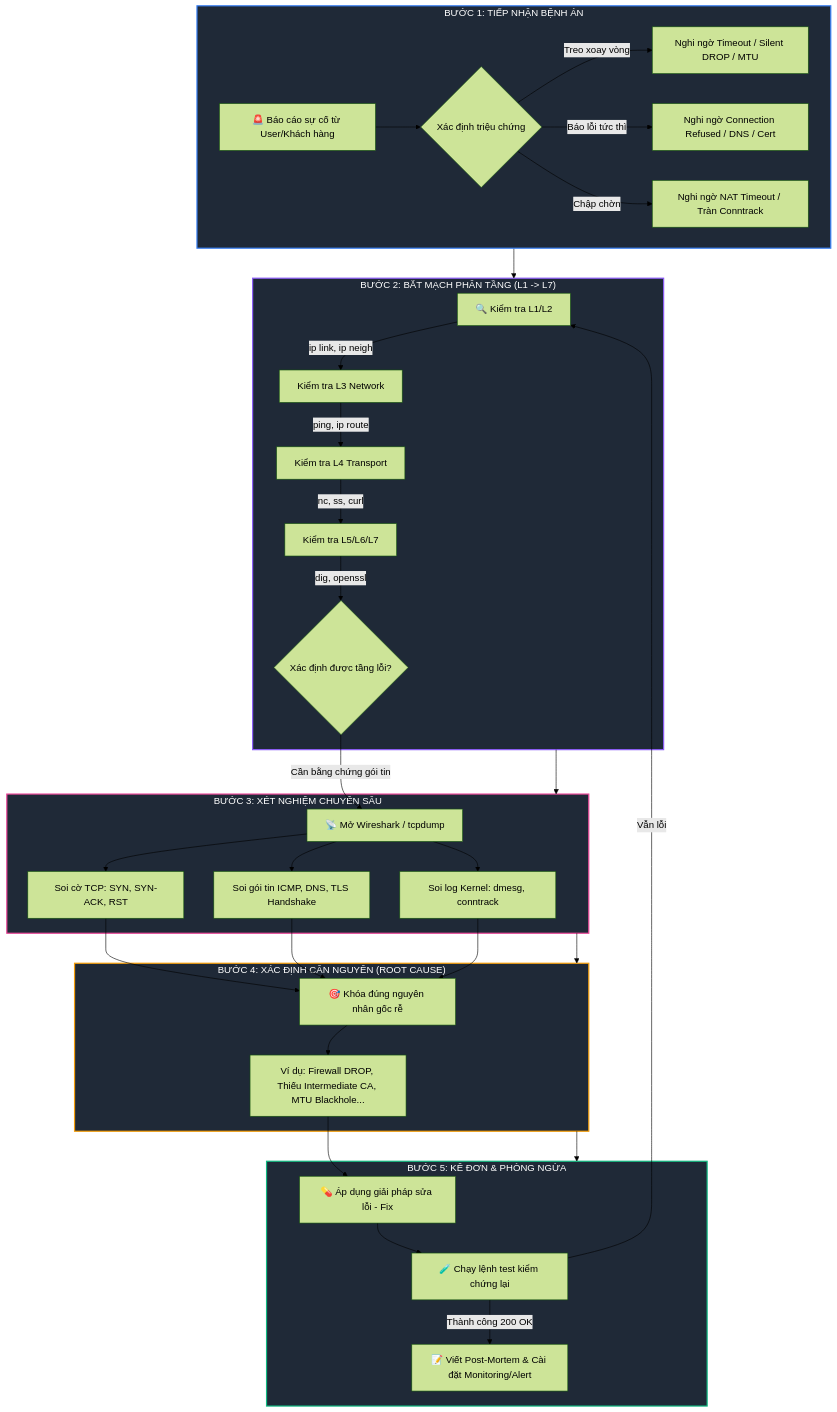
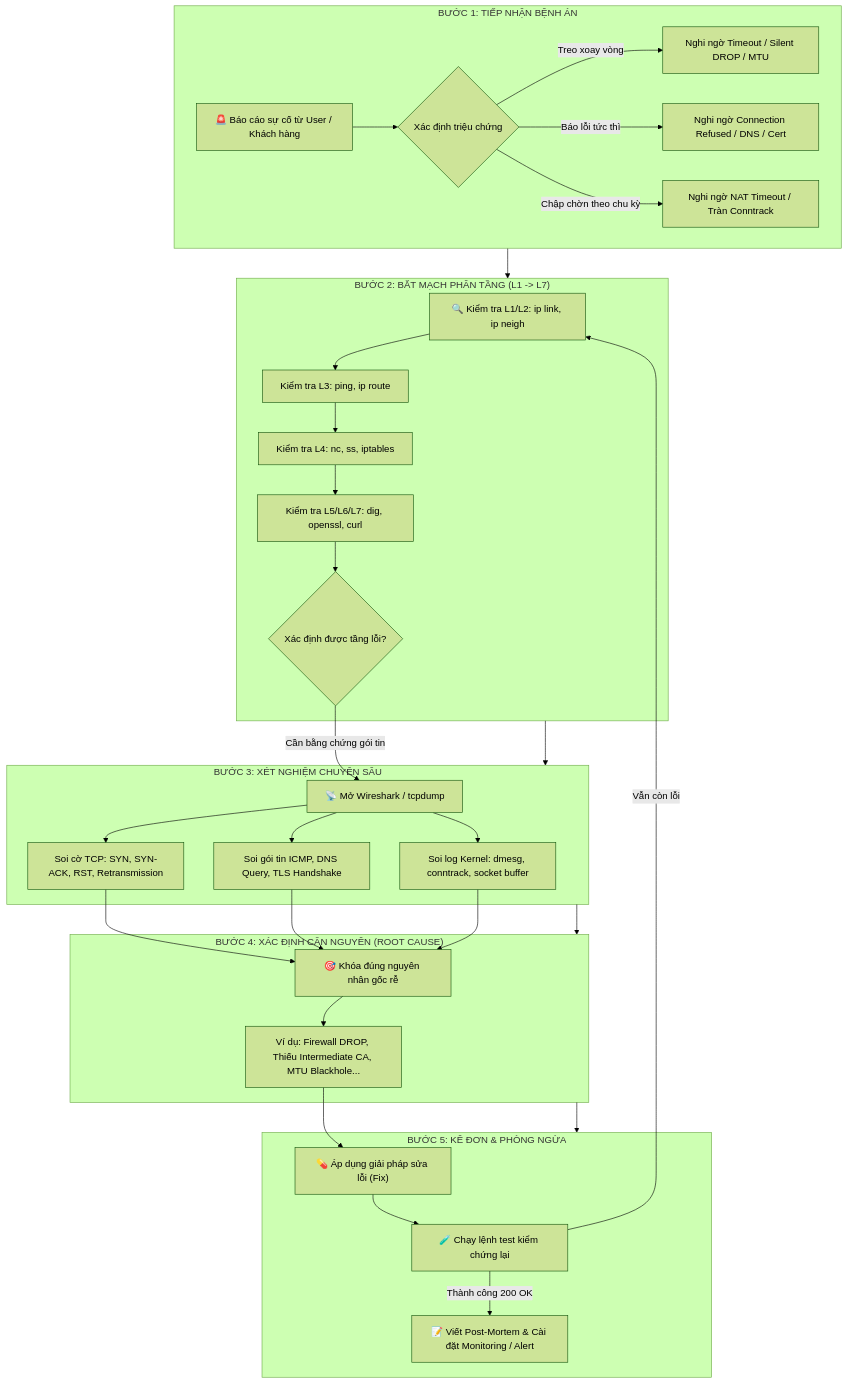
One commit to thangphan205/network-thuc-chien changed the second of 2 diagrams in network-bat-benh/quy-trinh-bat-benh.md. Above: the diagram before and after it, drawn with Mermaid (forest theme). The commit also changed other lines of this file, not shown here.

Commit message:
fix(network-bat-benh): toi uu cu phap mermaid mindmap va flowchart cho quy trinh bat benh

````diff
--- a/network-bat-benh/quy-trinh-bat-benh.md
+++ b/network-bat-benh/quy-trinh-bat-benh.md
@@ -68,46 +69,42 @@
 ```mermaid
 flowchart TD
     subgraph B1 ["BƯỚC 1: TIẾP NHẬN BỆNH ÁN"]
-        A[🚨 Báo cáo sự cố từ User/Khách hàng] --> B{Xác định triệu chứng}
-        B -->|Treo xoay vòng| B1_1[Nghi ngờ Timeout / Silent DROP / MTU]
-        B -->|Báo lỗi tức thì| B1_2[Nghi ngờ Connection Refused / DNS / Cert]
-        B -->|Chập chờn| B1_3[Nghi ngờ NAT Timeout / Tràn Conntrack]
+        A["🚨 Báo cáo sự cố từ User / Khách hàng"] --> B{"Xác định triệu chứng"}
+        B -->|"Treo xoay vòng"| B1_1["Nghi ngờ Timeout / Silent DROP / MTU"]
+        B -->|"Báo lỗi tức thì"| B1_2["Nghi ngờ Connection Refused / DNS / Cert"]
+        B -->|"Chập chờn theo chu kỳ"| B1_3["Nghi ngờ NAT Timeout / Tràn Conntrack"]
     end
 
     subgraph B2 ["BƯỚC 2: BẮT MẠCH PHÂN TẦNG (L1 -> L7)"]
-        C[🔍 Kiểm tra L1/L2] -->|ip link, ip neigh| D[Kiểm tra L3 Network]
-        D -->|ping, ip route| E[Kiểm tra L4 Transport]
-        E -->|nc, ss, curl| F[Kiểm tra L5/L6/L7]
-        F -->|dig, openssl| G{Xác định được tầng lỗi?}
+        C["🔍 Kiểm tra L1/L2: ip link, ip neigh"] --> D["Kiểm tra L3: ping, ip route"]
+        D --> E["Kiểm tra L4: nc, ss, iptables"]
+        E --> F["Kiểm tra L5/L6/L7: dig, openssl, curl"]
+        F --> G{"Xác định được tầng lỗi?"}
     end
 
     subgraph B3 ["BƯỚC 3: XÉT NGHIỆM CHUYÊN SÂU"]
-        G -->|Cần bằng chứng gói tin| H[📡 Mở Wireshark / tcpdump]
-        H --> H1[Soi cờ TCP: SYN, SYN-ACK, RST]
-        H --> H2[Soi gói tin ICMP, DNS, TLS Handshake]
-        H --> H3[Soi log Kernel: dmesg, conntrack]
+        G -->|"Cần bằng chứng gói tin"| H["📡 Mở Wireshark / tcpdump"]
+        H --> H1["Soi cờ TCP: SYN, SYN-ACK, RST, Retransmission"]
+        H --> H2["Soi gói tin ICMP, DNS Query, TLS Handshake"]
+        H --> H3["Soi log Kernel: dmesg, conntrack, socket buffer"]
     end
 
     subgraph B4 ["BƯỚC 4: XÁC ĐỊNH CĂN NGUYÊN (ROOT CAUSE)"]
-        H1 & H2 & H3 --> I[🎯 Khóa đúng nguyên nhân gốc rễ]
-        I --> I1[Ví dụ: Firewall DROP, Thiếu Intermediate CA, MTU Blackhole...]
+        H1 --> I["🎯 Khóa đúng nguyên nhân gốc rễ"]
+        H2 --> I
+        H3 --> I
+        I --> I1["Ví dụ: Firewall DROP, Thiếu Intermediate CA, MTU Blackhole..."]
     end
 
     subgraph B5 ["BƯỚC 5: KÊ ĐƠN & PHÒNG NGỪA"]
-        I1 --> J[💊 Áp dụng giải pháp sửa lỗi - Fix]
-        J --> K[🧪 Chạy lệnh test kiểm chứng lại]
-        K -->|Thành công 200 OK| L[📝 Viết Post-Mortem & Cài đặt Monitoring/Alert]
-        K -->|Vẫn lỗi| C
+        I1 --> J["💊 Áp dụng giải pháp sửa lỗi (Fix)"]
+        J --> K["🧪 Chạy lệnh test kiểm chứng lại"]
+        K -->|"Thành công 200 OK"| L["📝 Viết Post-Mortem & Cài đặt Monitoring / Alert"]
+        K -->|"Vẫn còn lỗi"| C
     end
 
     B1 --> B2
     B2 --> B3
     B3 --> B4
     B4 --> B5
-
-    style B1 fill:#1f2937,stroke:#3b82f6,stroke-width:2px,color:#fff
-    style B2 fill:#1f2937,stroke:#8b5cf6,stroke-width:2px,color:#fff
-    style B3 fill:#1f2937,stroke:#ec4899,stroke-width:2px,color:#fff
-    style B4 fill:#1f2937,stroke:#f59e0b,stroke-width:2px,color:#fff
-    style B5 fill:#1f2937,stroke:#10b981,stroke-width:2px,color:#fff
 ```
````
